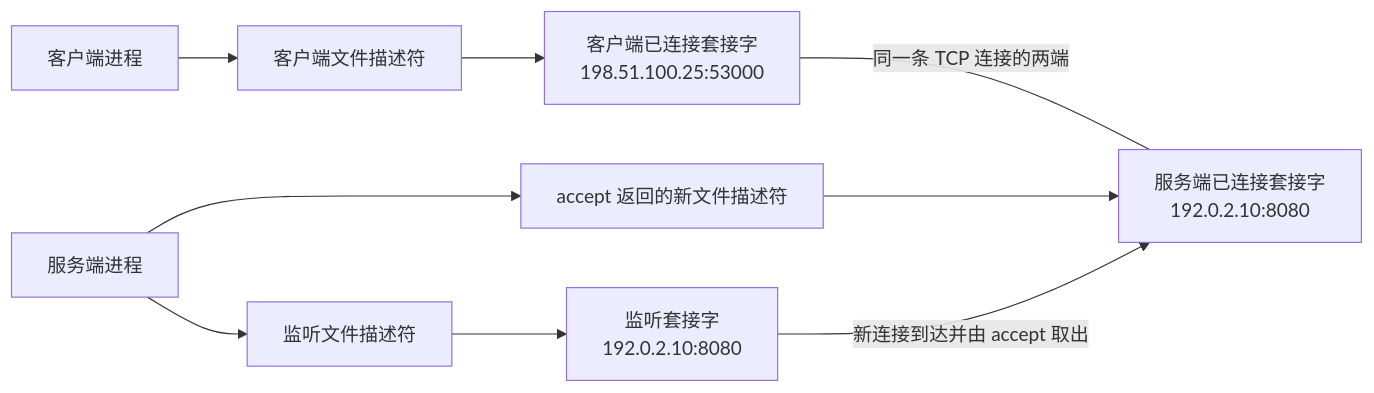
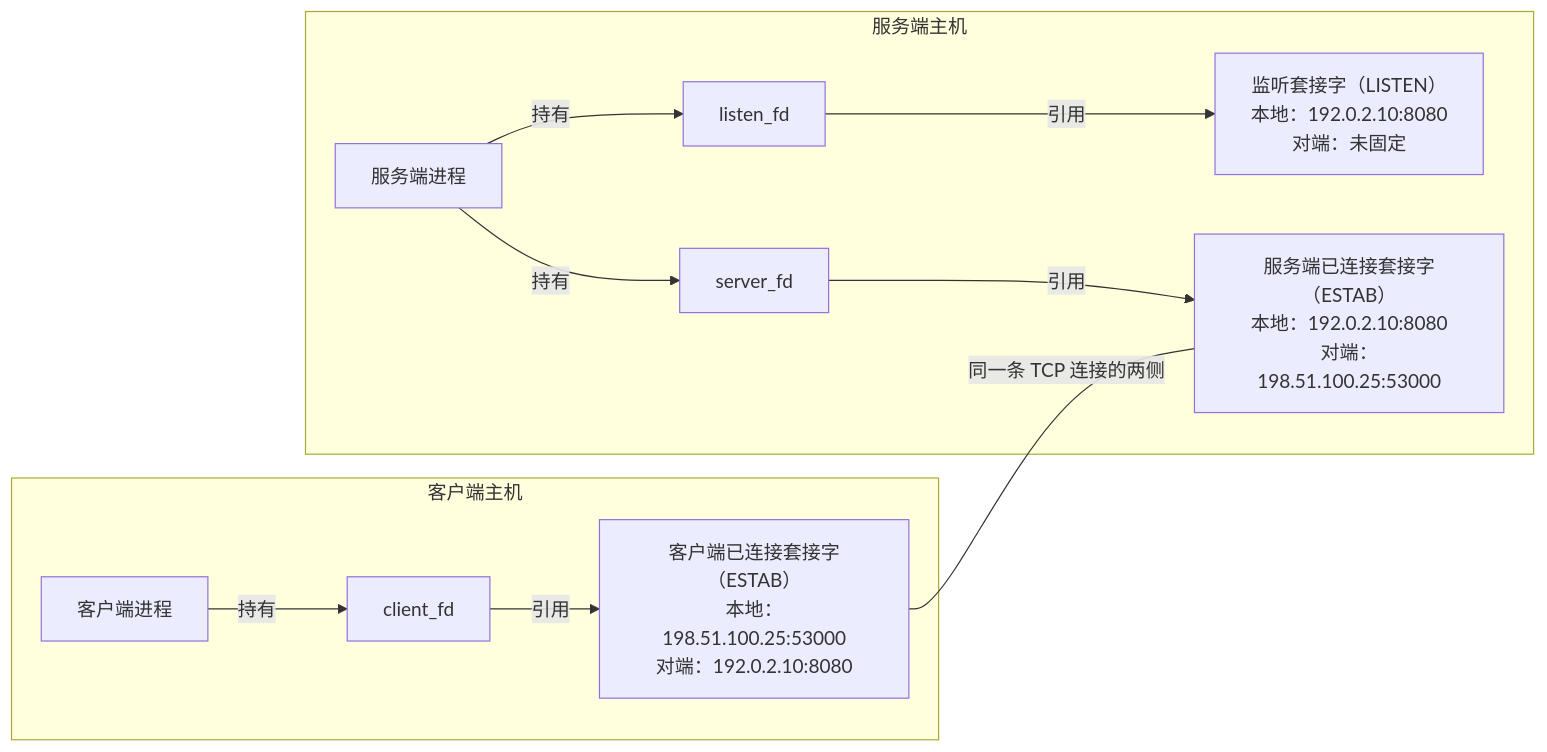
One commit to codeExpert666/Backend-Developer-Skills changed the second of 2 diagrams in Linux/网络与远程访问/Linux 端口、监听套接字与 ss 命令基础.md. Above: the diagram before and after it, drawn with Mermaid. The commit also changed other lines of this file and 1 other file, not shown here.

````diff
--- a/Linux/网络与远程访问/Linux 端口、监听套接字与 ss 命令基础.md
+++ b/Linux/网络与远程访问/Linux 端口、监听套接字与 ss 命令基础.md
@@ -40,11 +230,14 @@
 ```mermaid
 flowchart LR
-    CP["客户端进程"] --> CFD["客户端文件描述符"]
-    CFD --> CS["客户端已连接套接字<br/>198.51.100.25:53000"]
-    CS ---|"同一条 TCP 连接的两端"| AS["服务端已连接套接字<br/>192.0.2.10:8080"]
-    SP["服务端进程"] --> LFD["监听文件描述符"]
-    LFD --> LS["监听套接字<br/>192.0.2.10:8080"]
-    SP --> AFD["accept 返回的新文件描述符"]
-    AFD --> AS
-    LS -->|"新连接到达并由 accept 取出"| AS
+    subgraph C["客户端主机"]
+        CP["客户端进程"] -->|"持有"| CFD["client_fd"]
+        CFD -->|"引用"| CS["客户端已连接套接字（ESTAB）<br/>本地：198.51.100.25:53000<br/>对端：192.0.2.10:8080"]
+    end
+    subgraph S["服务端主机"]
+        SP["服务端进程"] -->|"持有"| LFD["listen_fd"]
+        LFD -->|"引用"| LS["监听套接字（LISTEN）<br/>本地：192.0.2.10:8080<br/>对端：未固定"]
+        SP -->|"持有"| SFD["server_fd"]
+        SFD -->|"引用"| SS["服务端已连接套接字（ESTAB）<br/>本地：192.0.2.10:8080<br/>对端：198.51.100.25:53000"]
+    end
+    CS ---|"同一条 TCP 连接的两侧"| SS
 ```
````
